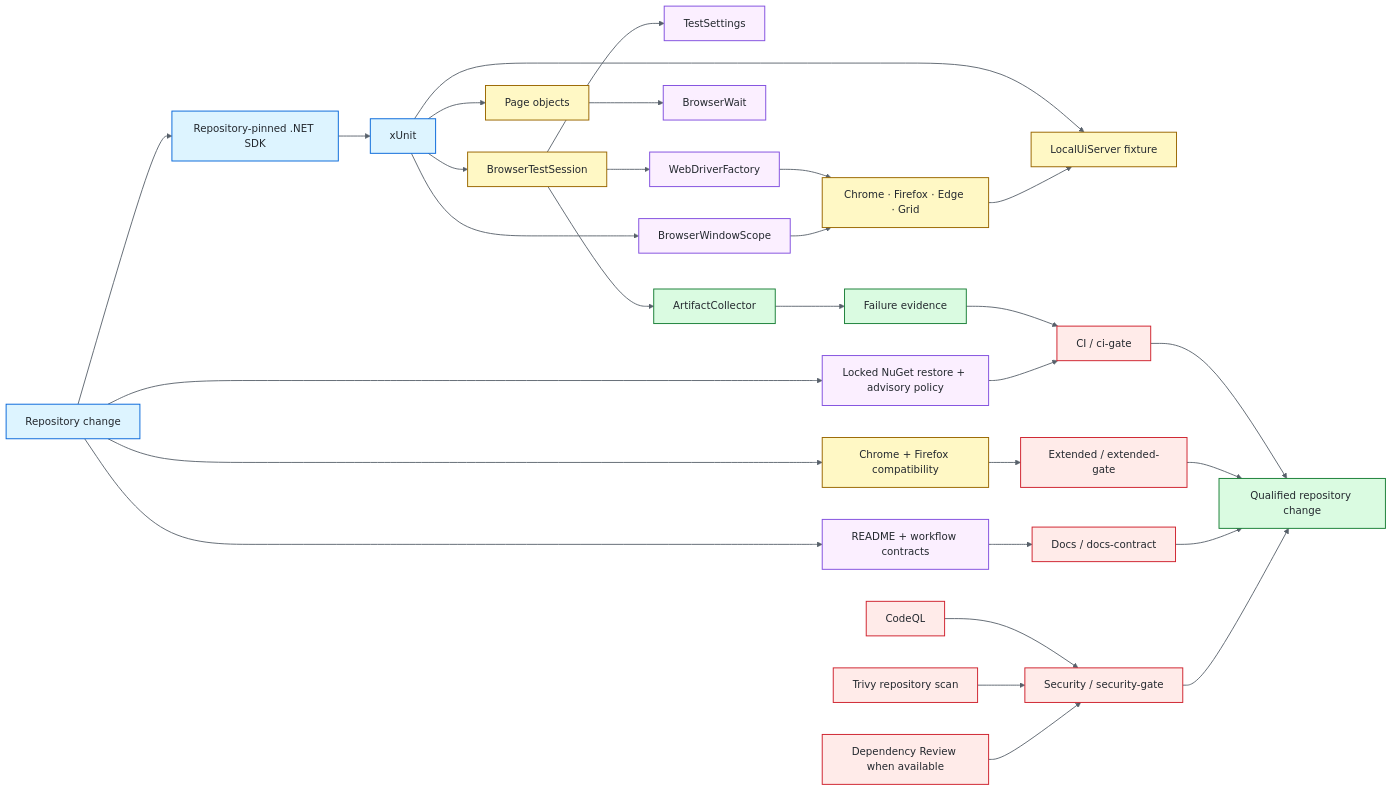
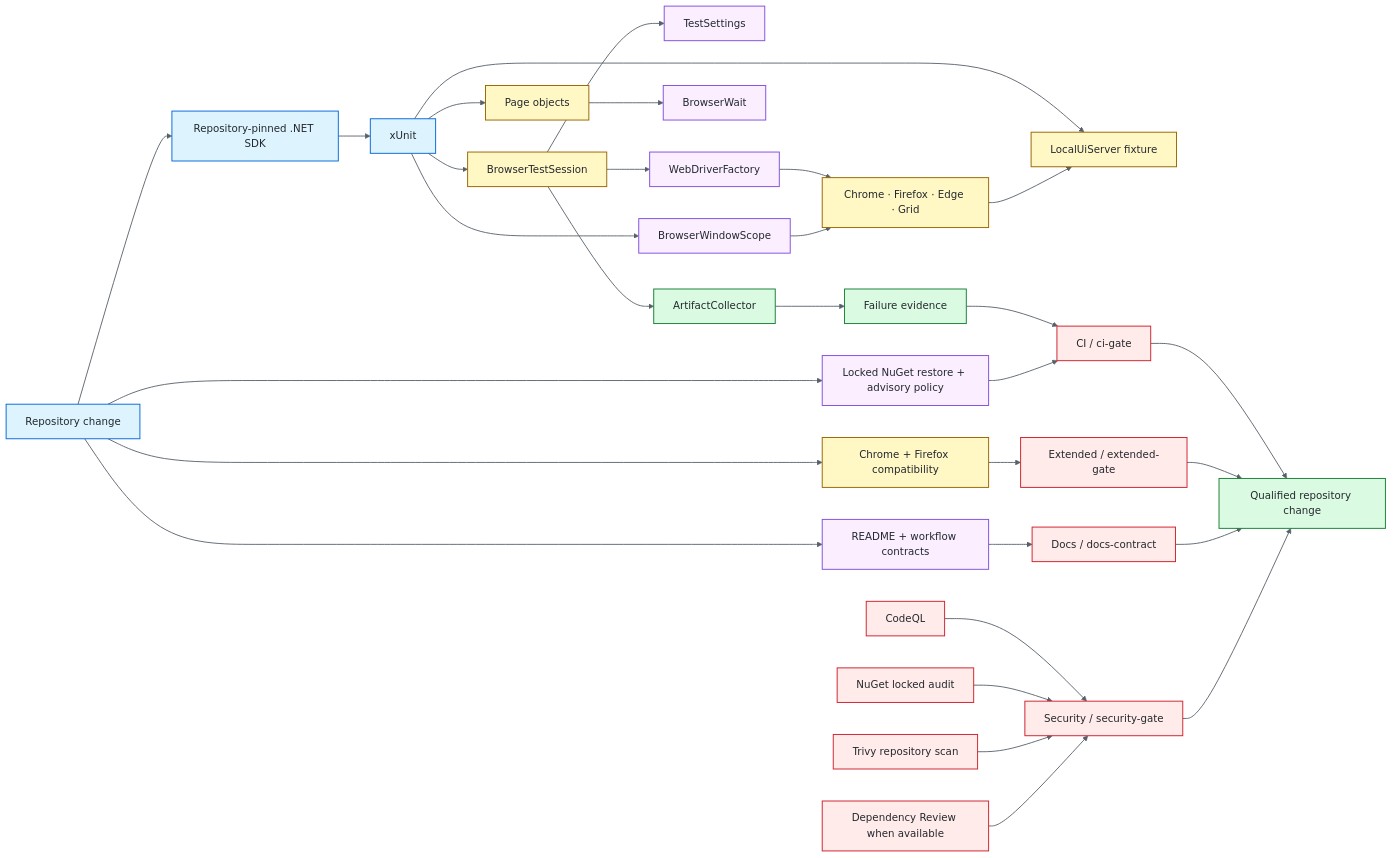
The first of 2 diagrams in README.md (portyu9/qa-automation-dotnet-selenium), drawn with Mermaid before and after one commit.

Commit message:
docs: show required NuGet audit in security architecture

````diff
--- a/README.md
+++ b/README.md
@@ -42,48 +42,49 @@
 ```mermaid
 flowchart LR
     CHANGE[Repository change] --> SDK[Repository-pinned .NET SDK]
     SDK --> TEST[xUnit]
     TEST --> SESSION[BrowserTestSession]
     SESSION --> CFG[TestSettings]
     SESSION --> DRIVER[WebDriverFactory]
     TEST --> PAGE[Page objects]
     PAGE --> WAIT[BrowserWait]
     TEST --> FIX[LocalUiServer fixture]
     TEST --> WINDOW[BrowserWindowScope]
     DRIVER --> BROWSER[Chrome · Firefox · Edge · Grid]
     BROWSER --> FIX
     WINDOW --> BROWSER
     SESSION --> ART[ArtifactCollector]
     ART --> EV[Failure evidence]
     EV --> CIG[CI / ci-gate]
 
     CHANGE --> LOCK[Locked NuGet restore + advisory policy]
     LOCK --> CIG
 
     CHANGE --> EXT[Chrome + Firefox compatibility]
     EXT --> EG[Extended / extended-gate]
 
     CHANGE --> DOCS[README + workflow contracts]
     DOCS --> DG[Docs / docs-contract]
 
     SAST[CodeQL] --> SG[Security / security-gate]
+    AUDIT[NuGet locked audit] --> SG
     TRIVY[Trivy repository scan] --> SG
     REVIEW[Dependency Review when available] --> SG
 
     CIG --> RESULT[Qualified repository change]
     EG --> RESULT
     DG --> RESULT
     SG --> RESULT
 
     classDef entry fill:#ddf4ff,stroke:#0969da,color:#24292f,stroke-width:1.5px;
     classDef policy fill:#fbefff,stroke:#8250df,color:#24292f,stroke-width:1.5px;
     classDef runtime fill:#fff8c5,stroke:#9a6700,color:#24292f,stroke-width:1.5px;
     classDef evidence fill:#dafbe1,stroke:#1a7f37,color:#24292f,stroke-width:1.5px;
     classDef gate fill:#ffebe9,stroke:#cf222e,color:#24292f,stroke-width:1.5px;
     class CHANGE,SDK,TEST entry;
     class CFG,DRIVER,WAIT,WINDOW,LOCK,DOCS policy;
     class SESSION,PAGE,FIX,BROWSER,EXT runtime;
     class ART,EV,RESULT evidence;
-    class CIG,EG,DG,SAST,TRIVY,REVIEW,SG gate;
+    class CIG,EG,DG,SAST,AUDIT,TRIVY,REVIEW,SG gate;
     linkStyle default stroke:#57606a,stroke-width:1.4px;
 ```
````
